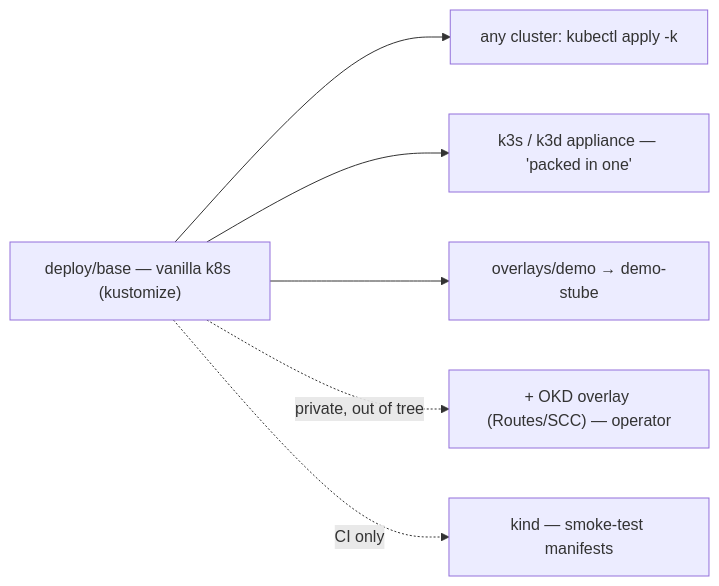
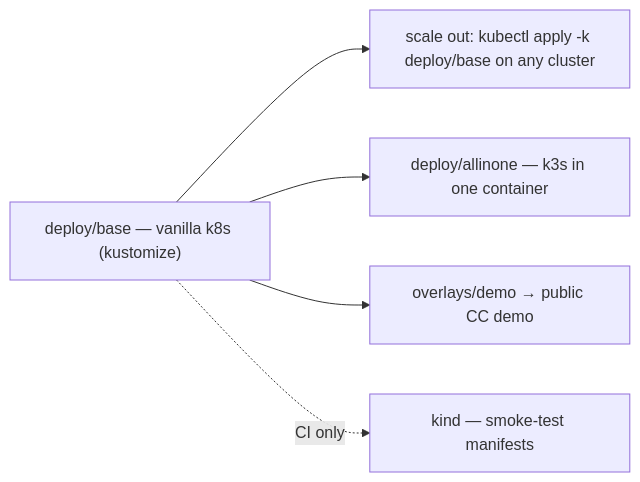
Before and after one commit to zaentrum/zaentrum-operator: the second of 2 diagrams in docs/architecture.md, drawn with Mermaid. The commit also changed other lines of this file and 81 other files, not shown here.

````diff
--- a/docs/architecture.md
+++ b/docs/architecture.md
@@ -66,9 +116,9 @@
 ```mermaid
 flowchart LR
   base["deploy/base — vanilla k8s (kustomize)"]
-  base --> helm["any cluster: kubectl apply -k"]
-  base --> k3s["k3s / k3d appliance — 'packed in one'"]
-  base --> demo["overlays/demo → demo-stube"]
-  base -. "private, out of tree" .-> okd["+ OKD overlay (Routes/SCC) — operator"]
+  allinone["deploy/allinone — k3s in one container"]
+  base --> scaleout["scale out: kubectl apply -k deploy/base on any cluster"]
+  base --> allinone
+  base --> demo["overlays/demo → public CC demo"]
   base -. "CI only" .-> kind["kind — smoke-test manifests"]
 ```
````
